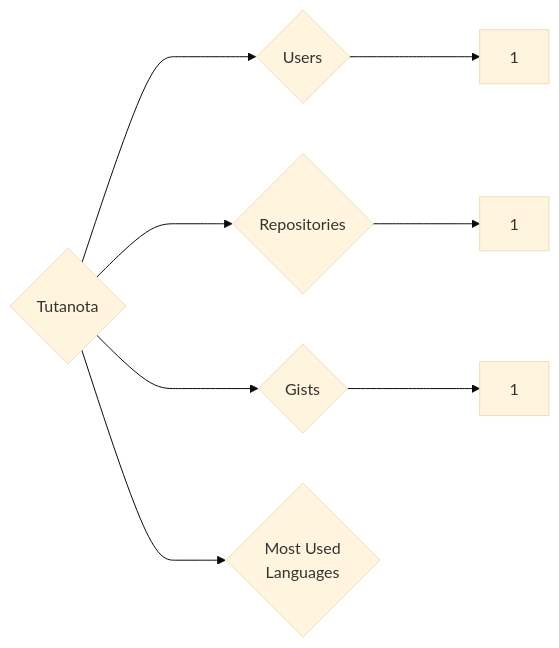
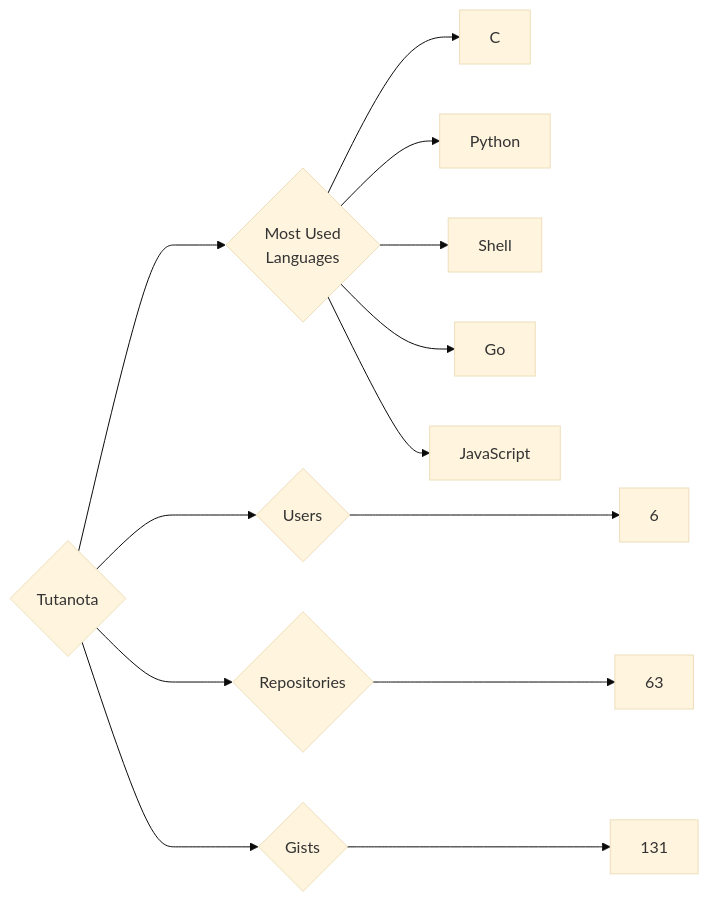
Before and after one commit to trickest/insiders: the diagram in targets/Tutanota/README.md, drawn with Mermaid (base theme). The commit also changed 1696 other files, not shown here.

````diff
--- a/targets/Tutanota/README.md
+++ b/targets/Tutanota/README.md
@@ -3,8 +3,13 @@
 ```mermaid
 graph LR
 COMPANY_NAME{Tutanota}
-COMPANY_NAME ---> U{Users} ---> UN[1]
-COMPANY_NAME ---> R{Repositories} ---> RN[1]
-COMPANY_NAME ---> G{Gists} ---> GN[1]
+COMPANY_NAME ---> U{Users} ---> UN[6]
+COMPANY_NAME ---> R{Repositories} ---> RN[63]
+COMPANY_NAME ---> G{Gists} ---> GN[131]
 COMPANY_NAME ---> ML{Most Used<br>Languages}
+ML --> C[C]
+ML --> Python[Python]
+ML --> Shell[Shell]
+ML --> Go[Go]
+ML --> JavaScript[JavaScript]
 ```
````
